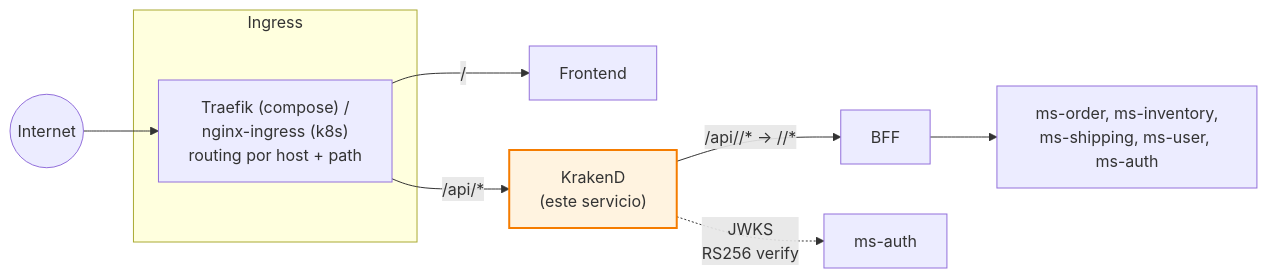
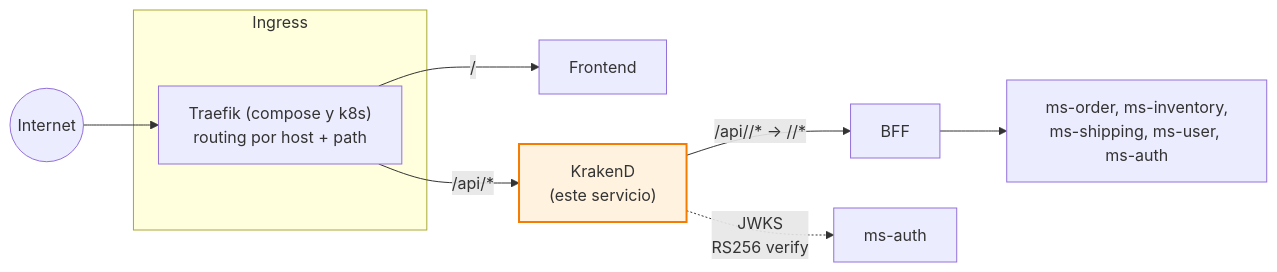
Before and after one commit to smartLogixfs/smartlogixs: the first of 2 diagrams in backend/api-gateway/README.md, drawn with Mermaid. The commit also changed other lines of this file and 6 other files, not shown here.

First line of the commit message:
feat(k8s): usar Traefik como unico ingress y eliminar ingress-nginx

````diff
--- a/backend/api-gateway/README.md
+++ b/backend/api-gateway/README.md
@@ -45,19 +45,19 @@
 ```mermaid
 flowchart LR
     Internet((Internet))
 
     Internet --> Ingress
     subgraph Edge["Ingress"]
-        Ingress["Traefik (compose) /<br/>nginx-ingress (k8s)<br/>routing por host + path"]
+        Ingress["Traefik (compose y k8s)<br/>routing por host + path"]
     end
 
     Ingress -->|"/"| FE[Frontend]
     Ingress -->|"/api/*"| K["KrakenD<br/>(este servicio)"]
 
     K -->|"/api/<recurso>/* → /<recurso>/*"| BFF[BFF]
     K -.->|JWKS<br/>RS256 verify| A[ms-auth]
     BFF --> MS["ms-order, ms-inventory,<br/>ms-shipping, ms-user, ms-auth"]
 
     classDef gw fill:#fff3e0,stroke:#f57c00,stroke-width:2px
     class K gw
 ```
````
